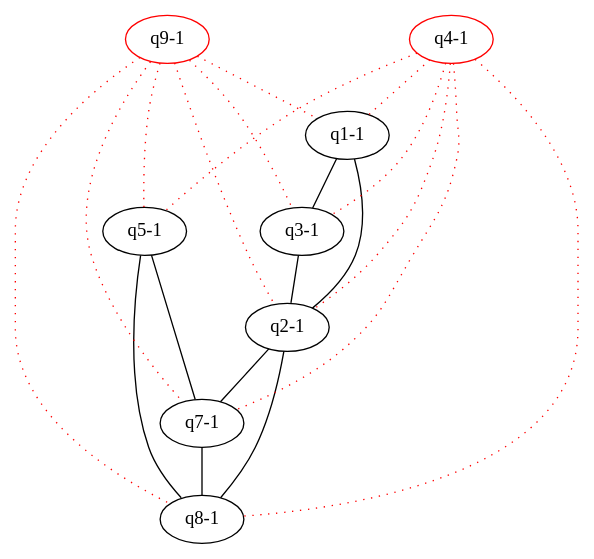
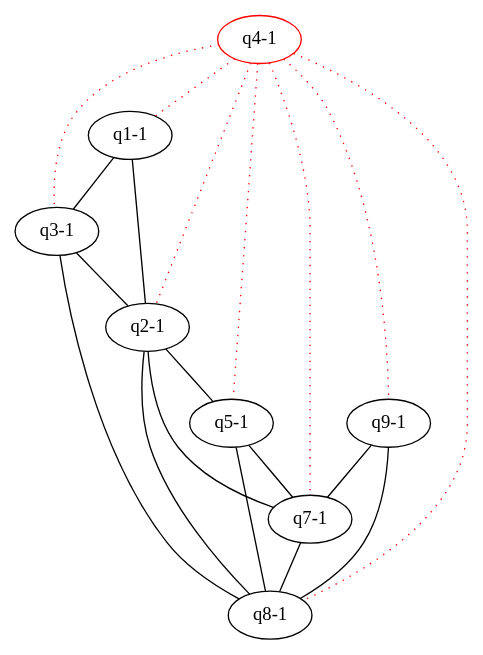
Before and after one commit to michaelweiss/keygraph: the diagram in dot/d1.dot, drawn with Graphviz. The commit also changed 3 other files, not shown here.

```diff
--- a/dot/d1.dot
+++ b/dot/d1.dot
@@ -1,31 +1,30 @@
 graph keygraph {
 graph [size="10,10"]
+"q2-1" [color="black"]
+"q5-1" [color="black"]
 "q8-1" [color="black"]
-"q5-1" [color="black"]
-"q2-1" [color="black"]
+"q9-1" [color="black"]
 "q1-1" [color="black"]
 "q7-1" [color="black"]
 "q3-1" [color="black"]
-"q9-1" [color="red"]
 "q4-1" [color="red"]
+"q3-1"--"q8-1"
+"q2-1"--"q5-1"
+"q9-1"--"q7-1"
+"q9-1"--"q8-1"
 "q1-1"--"q3-1"
 "q2-1"--"q7-1"
 "q2-1"--"q8-1"
 "q1-1"--"q2-1"
 "q3-1"--"q2-1"
 "q5-1"--"q7-1"
 "q5-1"--"q8-1"
 "q7-1"--"q8-1"
-"q9-1"--"q3-1" [color="red", style="dotted"]
+"q4-1"--"q9-1" [color="red", style="dotted"]
+"q4-1"--"q2-1" [color="red", style="dotted"]
+"q4-1"--"q5-1" [color="red", style="dotted"]
 "q4-1"--"q8-1" [color="red", style="dotted"]
-"q4-1"--"q5-1" [color="red", style="dotted"]
-"q4-1"--"q2-1" [color="red", style="dotted"]
 "q4-1"--"q1-1" [color="red", style="dotted"]
 "q4-1"--"q7-1" [color="red", style="dotted"]
 "q4-1"--"q3-1" [color="red", style="dotted"]
-"q9-1"--"q5-1" [color="red", style="dotted"]
-"q9-1"--"q2-1" [color="red", style="dotted"]
-"q9-1"--"q1-1" [color="red", style="dotted"]
-"q9-1"--"q8-1" [color="red", style="dotted"]
-"q9-1"--"q7-1" [color="red", style="dotted"]
 }
```
